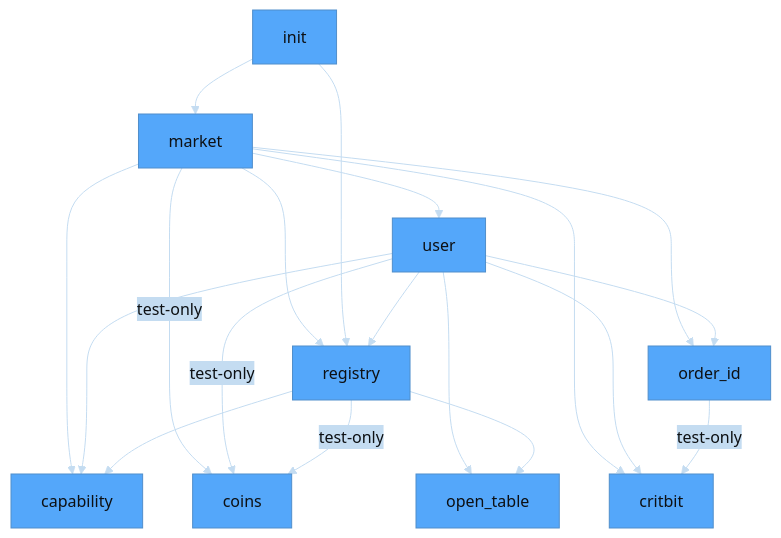
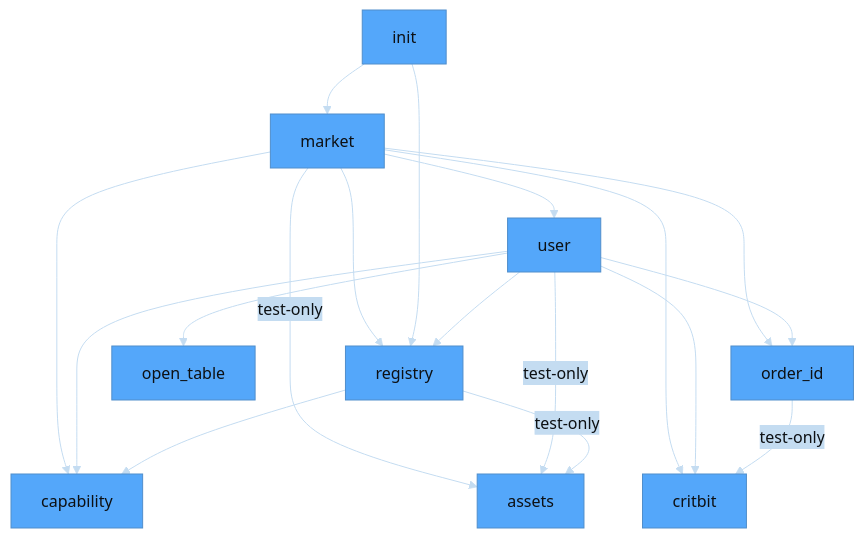
The diagram in src/move/econia/dependencies.md (econia-labs/econia), drawn with Mermaid before and after one commit. The commit also changed 6 other files, not shown here.

````diff
--- a/src/move/econia/dependencies.md
+++ b/src/move/econia/dependencies.md
@@ -5,26 +5,25 @@
 ```mermaid
 
 %%{init: {'theme': 'base', 'themeVariables': {'primaryColor': '#54a7fa', 'lineColor': '#c4dcf1', 'primaryTextColor': '#0d1013', 'secondaryColor': '#c4dcf1'}}}%%
 
 flowchart TD
 
     market --> critbit
     market --> registry
     market --> capability
-    market --> |test-only| coins
+    market --> |test-only| assets
     market --> user
     market --> order_id
     init --> registry
     init --> market
     user --> capability
     user --> critbit
     user --> open_table
     user --> order_id
     user --> registry
-    user --> |test-only| coins
+    user --> |test-only| assets
     registry --> capability
-    registry --> |test-only| coins
-    registry --> open_table
+    registry --> |test-only| assets
     order_id --> |test-only| critbit
 
 ```
````
